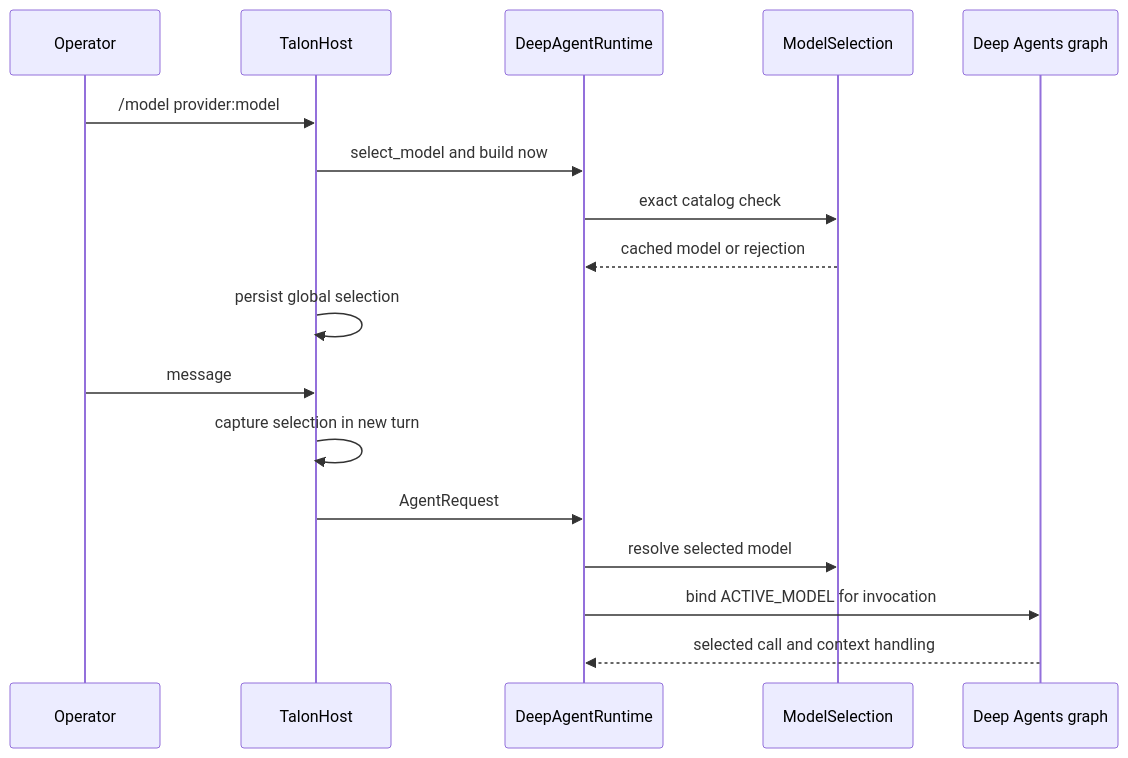
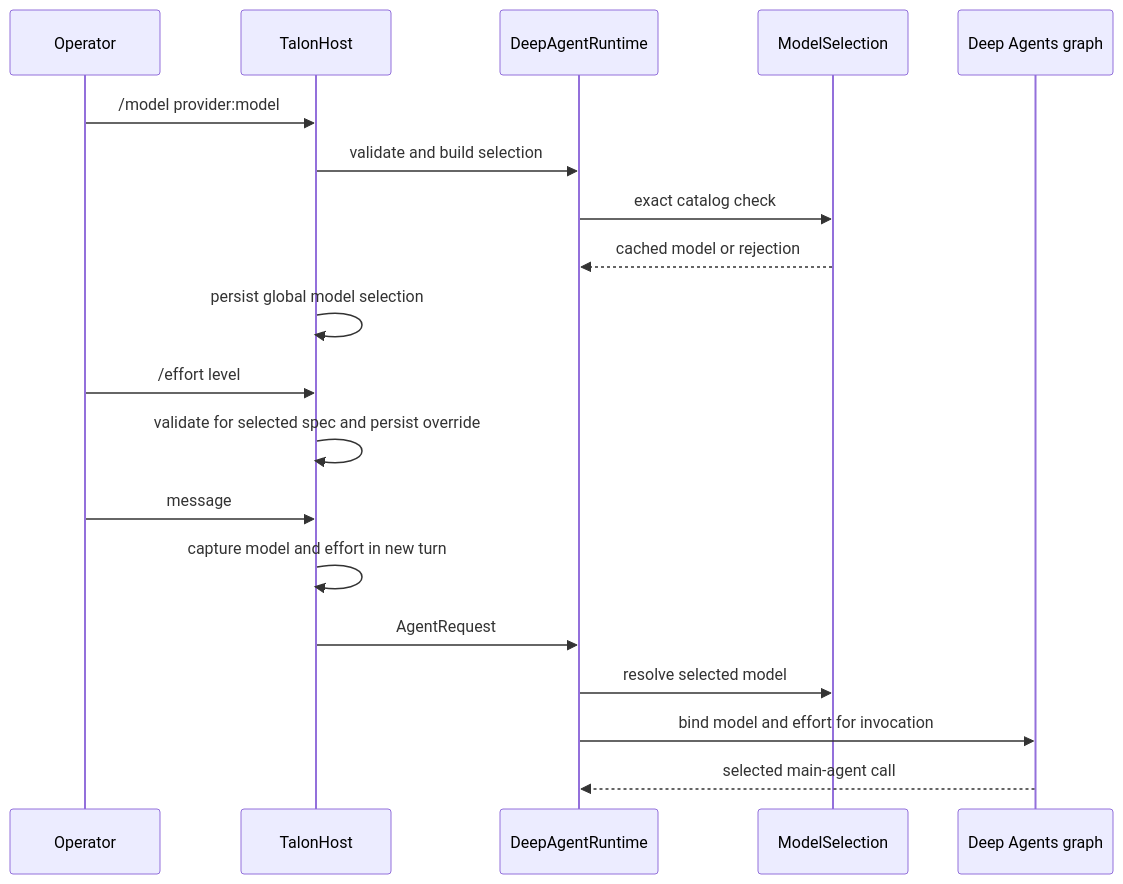
Before and after one commit to langchain-ai/deepagents: the third of 3 diagrams in openwiki/concepts/profiles-models.md, drawn with Mermaid. The commit also changed other lines of this file and 39 other files, not shown here.

````diff
--- a/openwiki/concepts/profiles-models.md
+++ b/openwiki/concepts/profiles-models.md
@@ -116,20 +121,22 @@
 ```mermaid
 sequenceDiagram
     participant Operator
     participant Host as TalonHost
     participant Runtime as DeepAgentRuntime
     participant Selection as ModelSelection
     participant Graph as Deep Agents graph
 
     Operator->>Host: /model provider:model
-    Host->>Runtime: select_model and build now
+    Host->>Runtime: validate and build selection
     Runtime->>Selection: exact catalog check
     Selection-->>Runtime: cached model or rejection
-    Host->>Host: persist global selection
+    Host->>Host: persist global model selection
+    Operator->>Host: /effort level
+    Host->>Host: validate for selected spec and persist override
     Operator->>Host: message
-    Host->>Host: capture selection in new turn
+    Host->>Host: capture model and effort in new turn
     Host->>Runtime: AgentRequest
     Runtime->>Selection: resolve selected model
-    Runtime->>Graph: bind ACTIVE_MODEL for invocation
-    Graph-->>Runtime: selected call and context handling
+    Runtime->>Graph: bind model and effort for invocation
+    Graph-->>Runtime: selected main-agent call
 ```
````
